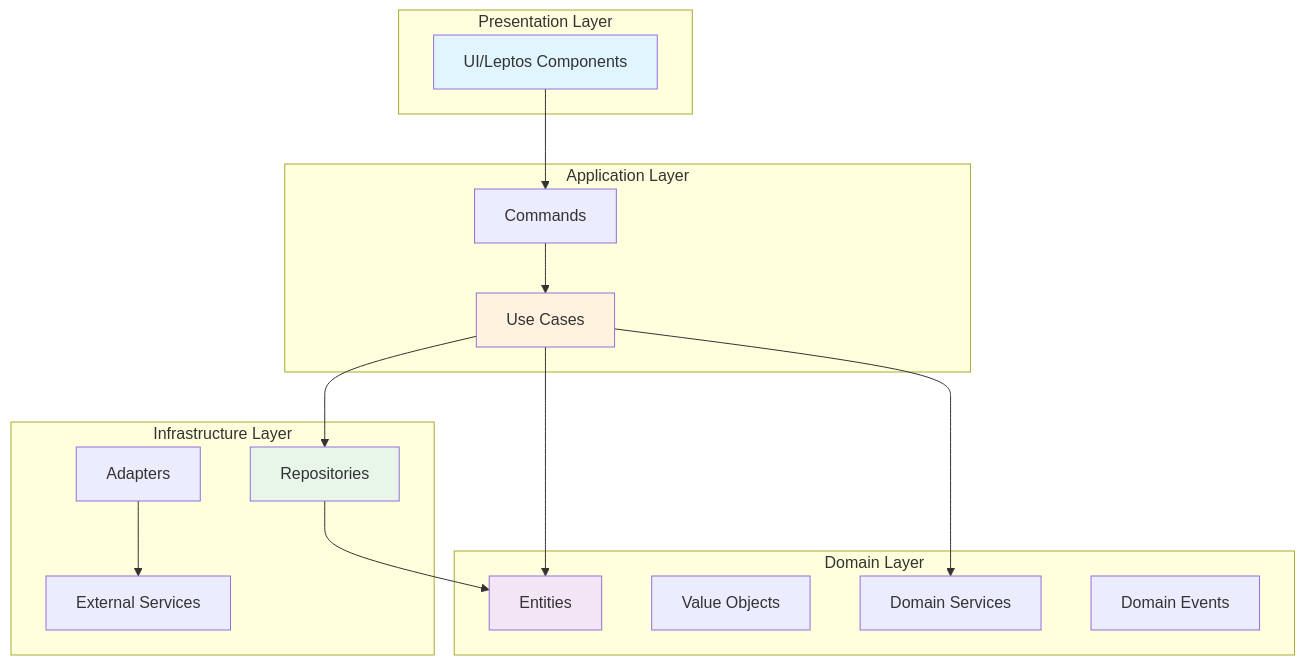
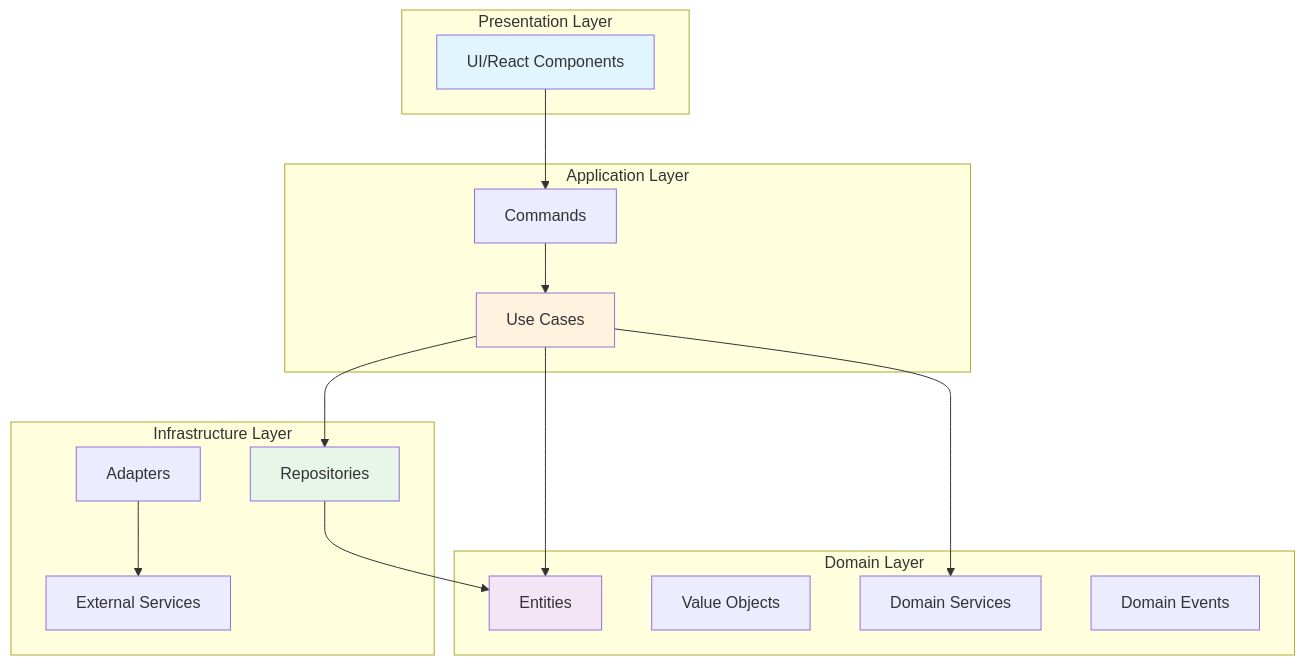
Before and after one commit to kulapoo/pomotoro: the diagram in docs/contribute/README.md, drawn with Mermaid. The commit also changed other lines of this file and 96 other files, not shown here.

Commit message:
purge leptos in favor of react app, fix bugs

````diff
--- a/docs/contribute/README.md
+++ b/docs/contribute/README.md
@@ -32,37 +31,37 @@
 ```mermaid
 graph TB
     subgraph "Presentation Layer"
-        UI[UI/Leptos Components]
+        UI[UI/React Components]
     end
     
     subgraph "Application Layer"
         UC[Use Cases]
         CMD[Commands]
     end
     
     subgraph "Domain Layer"
         E[Entities]
         VO[Value Objects]
         DS[Domain Services]
         DE[Domain Events]
     end
     
     subgraph "Infrastructure Layer"
         REPO[Repositories]
         ADAPT[Adapters]
         EXT[External Services]
     end
     
     UI --> CMD
     CMD --> UC
     UC --> E
     UC --> DS
     UC --> REPO
     REPO --> E
     ADAPT --> EXT
     
     style UI fill:#e1f5fe
     style UC fill:#fff3e0
     style E fill:#f3e5f5
     style REPO fill:#e8f5e9
 ```
````
